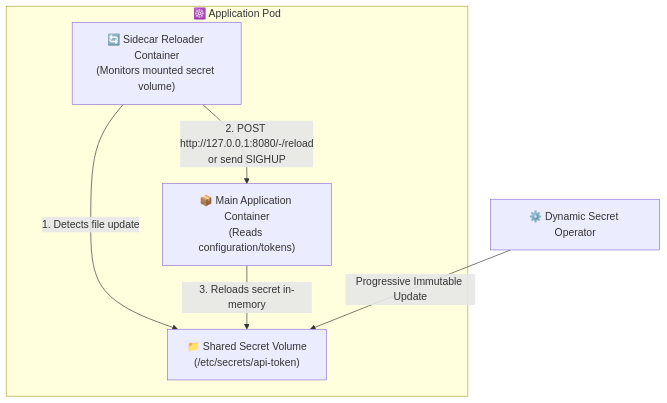
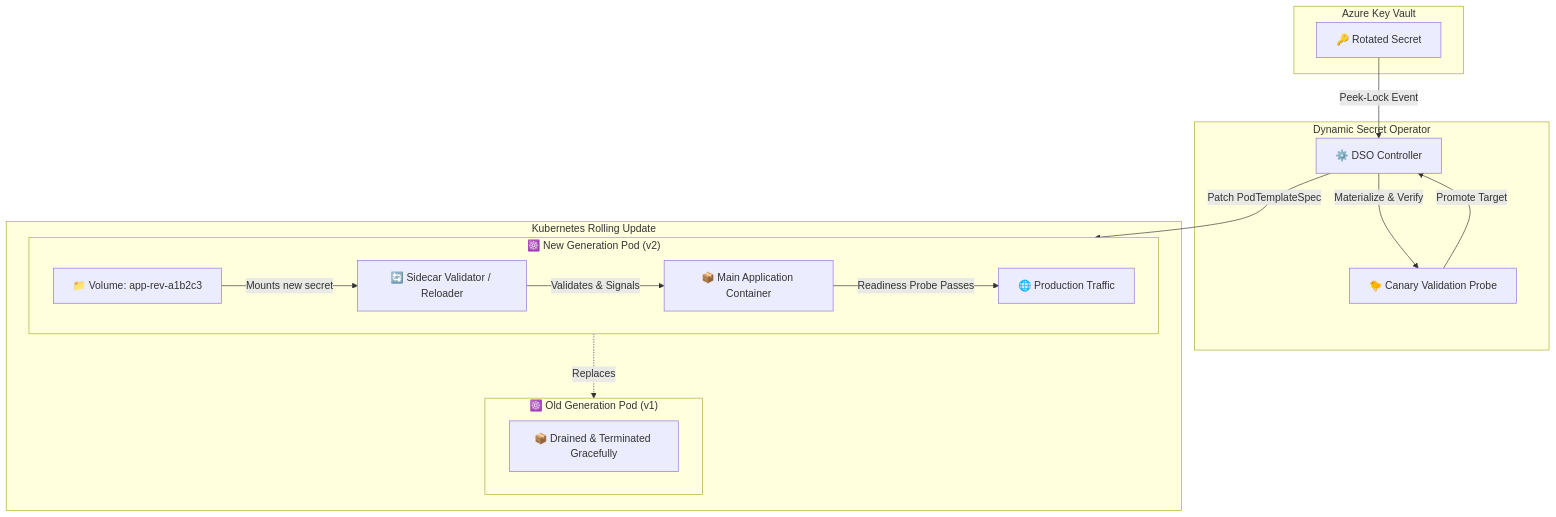
The diagram in examples/sidecar-proxy-sync/README.md (quantumsys-dev/dynamic-secret-operator), drawn with Mermaid before and after one commit. The commit also changed other lines of this file and 17 other files, not shown here.

Commit message:
fix(core): remediate P1 thundering herd loss, Argo conflicts, TLS secret mapping, and sidecar docs (#36)

````diff
--- a/examples/sidecar-proxy-sync/README.md
+++ b/examples/sidecar-proxy-sync/README.md
@@ -11,14 +15,32 @@
 ```mermaid
 flowchart TD
-    subgraph Pod ["☸️ Application Pod"]
-        APP["📦 Main Application Container<br/>(Reads configuration/tokens)"]
-        SIDECAR["🔄 Sidecar Reloader Container<br/>(Monitors mounted secret volume)"]
-        VOL["📁 Shared Secret Volume<br/>(/etc/secrets/api-token)"]
-        
-        SIDECAR -->|"1. Detects file update"| VOL
-        SIDECAR -->|"2. POST http://127.0.0.1:8080/-/reload<br/>or send SIGHUP"| APP
-        APP -->|"3. Reloads secret in-memory"| VOL
+    subgraph AKV ["Azure Key Vault"]
+        KV["🔑 Rotated Secret"]
     end
 
-    DSO["⚙️ Dynamic Secret Operator"] -->|"Progressive Immutable Update"| VOL
+    subgraph DSO_OP ["Dynamic Secret Operator"]
+        DSO["⚙️ DSO Controller"]
+        CANARY["🐤 Canary Validation Probe"]
+    end
+
+    subgraph Rollout ["Kubernetes Rolling Update"]
+        subgraph NewPod ["☸️ New Generation Pod (v2)"]
+            SIDECAR["🔄 Sidecar Validator / Reloader"]
+            APP["📦 Main Application Container"]
+            VOL["📁 Volume: app-rev-a1b2c3"]
+            
+            VOL -->|"Mounts new secret"| SIDECAR
+            SIDECAR -->|"Validates & Signals"| APP
+            APP -->|"Readiness Probe Passes"| TRAFFIC["🌐 Production Traffic"]
+        end
+        subgraph OldPod ["☸️ Old Generation Pod (v1)"]
+            OLD_APP["📦 Drained & Terminated Gracefully"]
+        end
+    end
+
+    KV -->|"Peek-Lock Event"| DSO
+    DSO -->|"Materialize & Verify"| CANARY
+    CANARY -->|"Promote Target"| DSO
+    DSO -->|"Patch PodTemplateSpec"| NewPod
+    NewPod -.->|"Replaces"| OldPod
 ```
````
